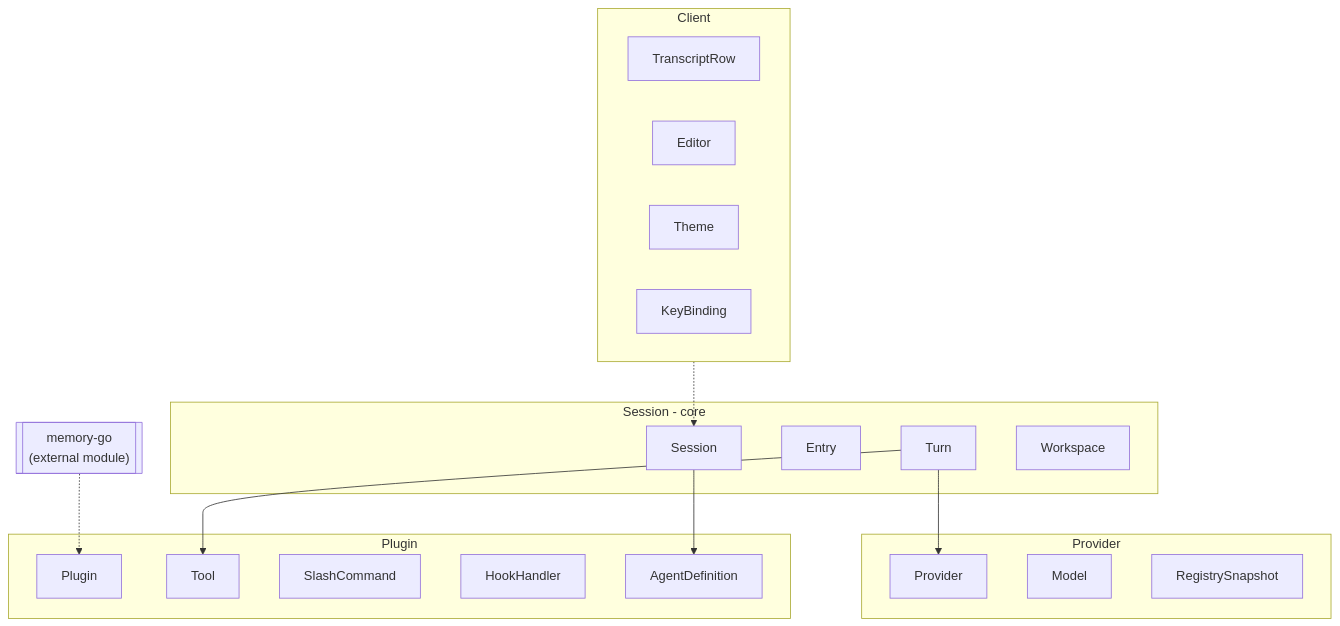
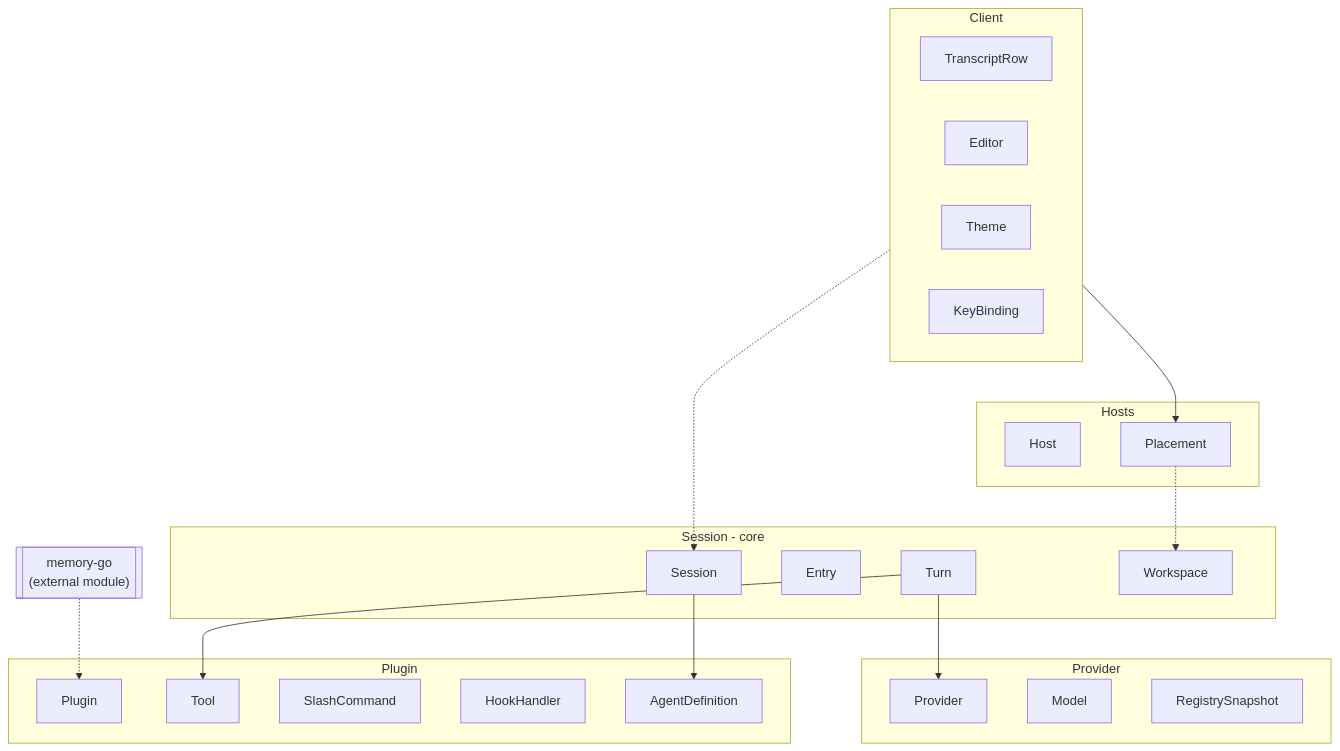
The first of 7 diagrams in docs/specs/rudy-domain-model.md (guygrigsby/rudy), drawn with Mermaid before and after one commit. The commit also changed other lines of this file and 4 other files, not shown here.

````diff
--- a/docs/specs/rudy-domain-model.md
+++ b/docs/specs/rudy-domain-model.md
@@ -7,32 +7,38 @@
 ```mermaid
 flowchart TB
     subgraph SC["Session - core"]
         Session
         Entry
         Turn
         Workspace
     end
     subgraph PC["Provider"]
         Provider
         Model
         RegistrySnapshot
     end
     subgraph PL["Plugin"]
         Plugin
         Tool
         SlashCommand
         HookHandler
         AgentDefinition
     end
     subgraph CL["Client"]
         TranscriptRow
         Editor
         Theme
         KeyBinding
     end
+    subgraph HO["Hosts"]
+        Host
+        Placement
+    end
     CL -.-> Session
+    CL --> Placement
+    Placement -.-> Workspace
     MEM[["memory-go<br/>(external module)"]] -.-> Plugin
     Turn --> Provider
     Turn --> Tool
     Session --> AgentDefinition
 ```
````
